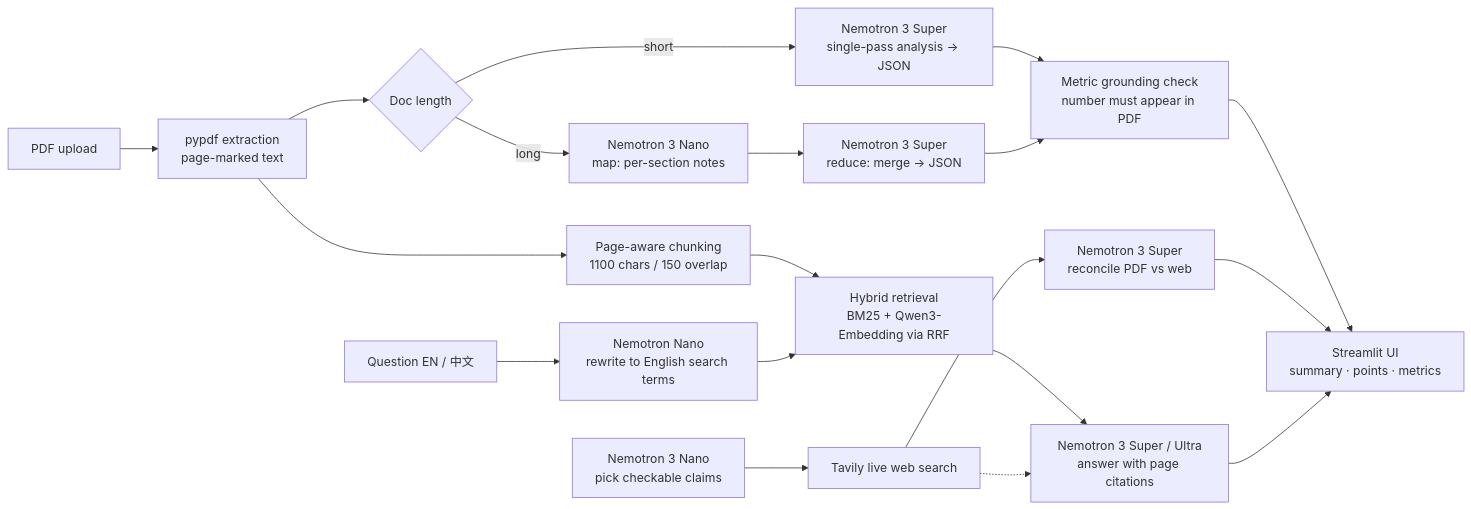
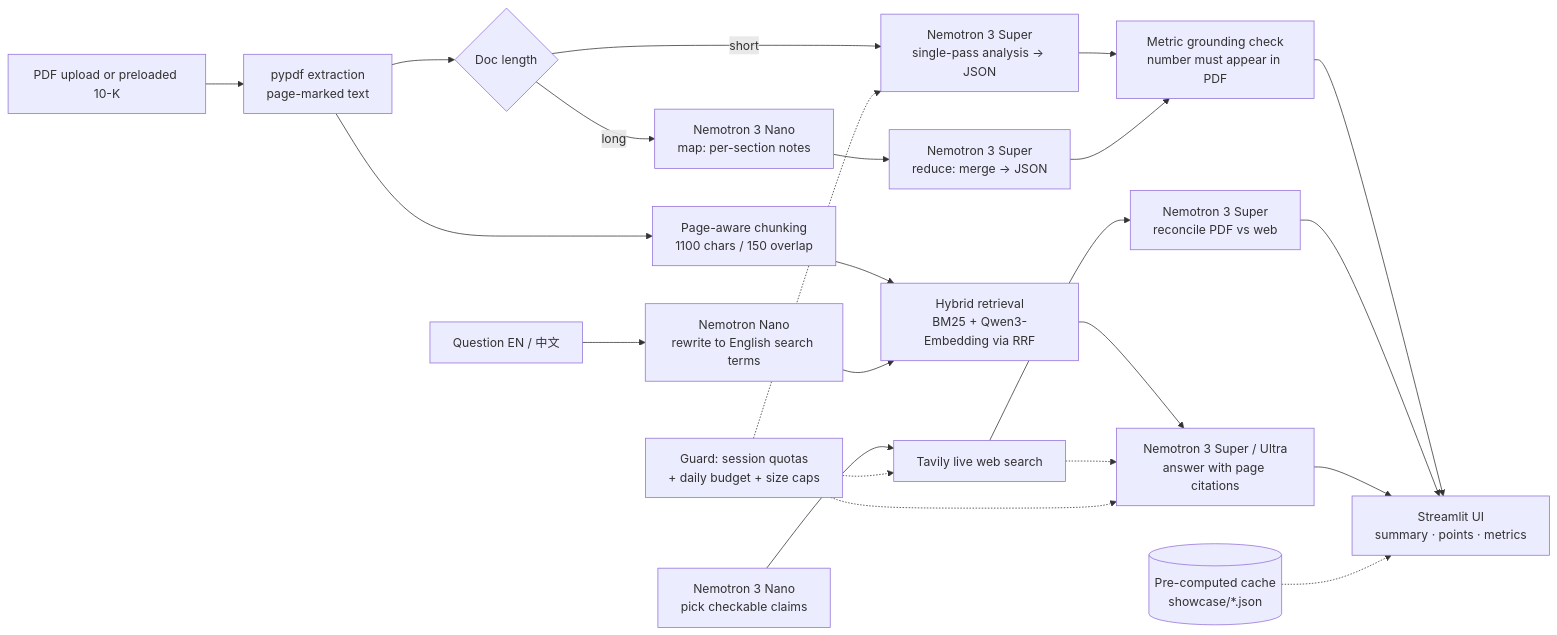
The diagram in README.md (Drag0ndddd1118/docbrief), drawn with Mermaid before and after one commit. The commit also changed other lines of this file and 34 other files, not shown here.

````diff
--- a/README.md
+++ b/README.md
@@ -24,21 +34,25 @@
 ```mermaid
 flowchart LR
-    U[PDF upload] --> P[pypdf extraction<br/>page-marked text]
+    U[PDF upload or preloaded 10-K] --> P[pypdf extraction<br/>page-marked text]
     P --> C[Page-aware chunking<br/>1100 chars / 150 overlap]
     P --> A{Doc length}
     A -- short --> S[Nemotron 3 Super<br/>single-pass analysis → JSON]
     A -- long --> M[Nemotron 3 Nano<br/>map: per-section notes]
     M --> R[Nemotron 3 Super<br/>reduce: merge → JSON]
     S --> V[Metric grounding check<br/>number must appear in PDF]
     R --> V
     V --> UI[Streamlit UI<br/>summary · points · metrics]
     C --> H[Hybrid retrieval<br/>BM25 + Qwen3-Embedding via RRF]
     Q[Question EN / 中文] --> W[Nemotron Nano<br/>rewrite to English search terms]
     W --> H
     H --> G[Nemotron 3 Super / Ultra<br/>answer with page citations]
-    T[Tavily live web search] --> F[Nemotron 3 Super<br/>reconcile PDF vs web]
-    A2[Nemotron 3 Nano<br/>pick checkable claims] --> T
+    A2[Nemotron 3 Nano<br/>pick checkable claims] --> T[Tavily live web search]
+    T --> F[Nemotron 3 Super<br/>reconcile PDF vs web]
     F --> UI
     T -.-> G
     G --> UI
+    K[(Pre-computed cache<br/>showcase/*.json)] -.-> UI
+    L[Guard: session quotas<br/>+ daily budget + size caps] -.-> S
+    L -.-> G
+    L -.-> T
 ```
````
